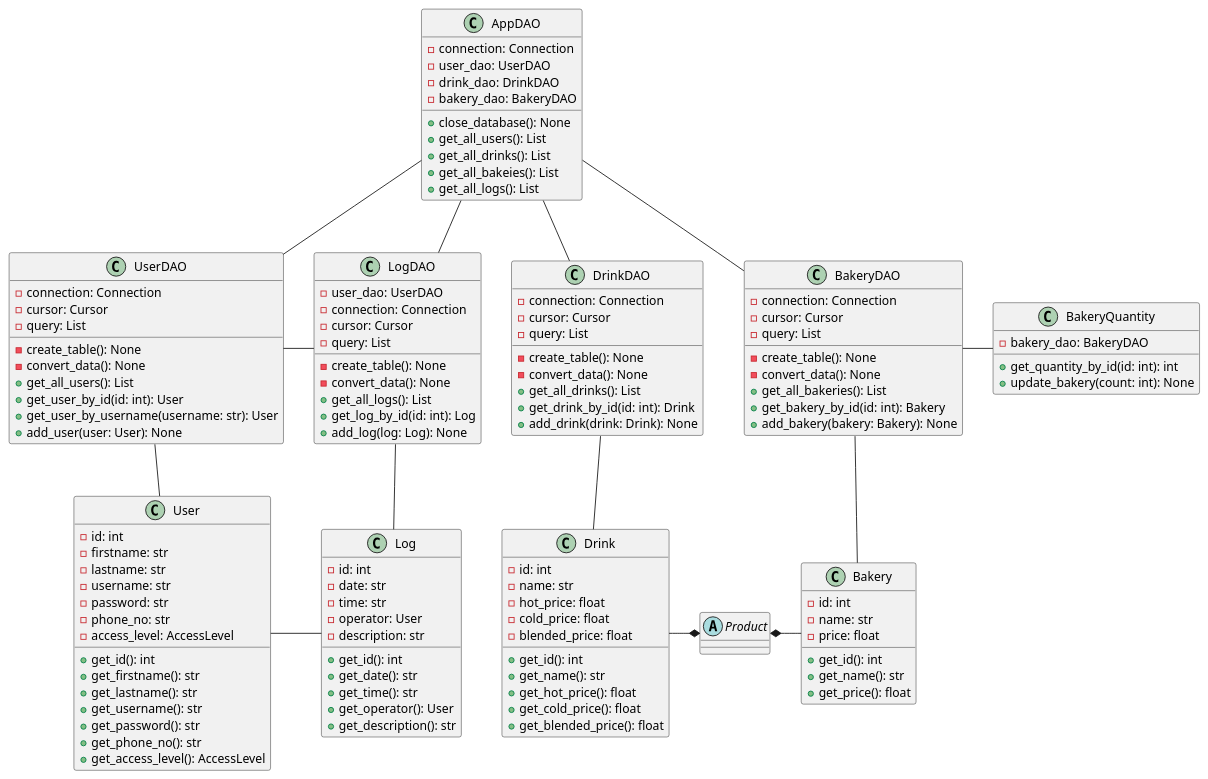
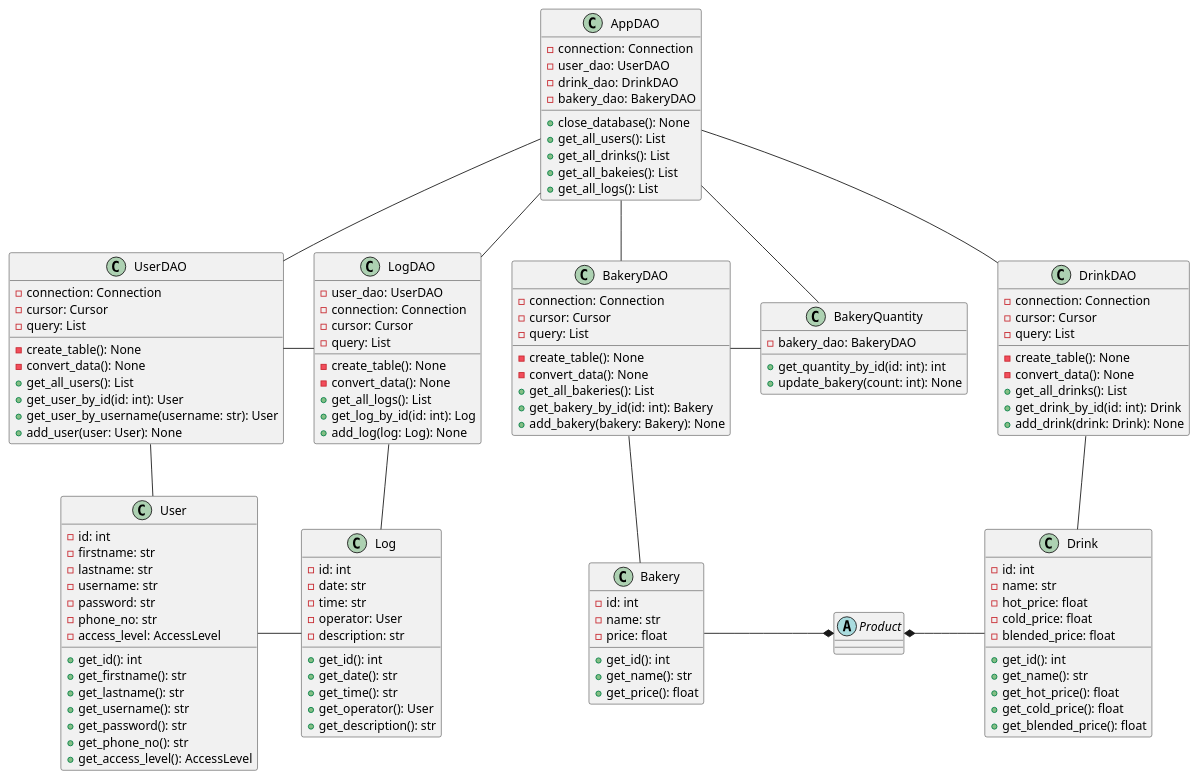
The diagram in UML.puml (TawanLekngam/NAAR-RAAN), drawn with PlantUML before and after one commit.

Commit message:
Update quantity

```diff
--- a/UML.puml
+++ b/UML.puml
@@ -1,148 +1,149 @@
 @startuml
 
 class AppDAO {
     - connection: Connection
     - user_dao: UserDAO
     - drink_dao: DrinkDAO
     - bakery_dao: BakeryDAO
 
     + close_database(): None
     + get_all_users(): List
     + get_all_drinks(): List
     + get_all_bakeies(): List
     + get_all_logs(): List
 
 }
 
 class UserDAO {
     - connection: Connection
     - cursor: Cursor
     - query: List
 
     - create_table(): None
     - convert_data(): None
     + get_all_users(): List
     + get_user_by_id(id: int): User
     + get_user_by_username(username: str): User
     + add_user(user: User): None
 }
 
 class DrinkDAO {
     - connection: Connection
     - cursor: Cursor
     - query: List
 
     - create_table(): None
     - convert_data(): None
     + get_all_drinks(): List
     + get_drink_by_id(id: int): Drink
     + add_drink(drink: Drink): None
 
 }
 
 class BakeryDAO {
     - connection: Connection
     - cursor: Cursor
     - query: List
 
     - create_table(): None
     - convert_data(): None
     + get_all_bakeries(): List
     + get_bakery_by_id(id: int): Bakery
     + add_bakery(bakery: Bakery): None 
 
 }
 
 class LogDAO {
     - user_dao: UserDAO
     - connection: Connection
     - cursor: Cursor
     - query: List
 
     - create_table(): None
     - convert_data(): None
     + get_all_logs(): List
     + get_log_by_id(id: int): Log
     + add_log(log: Log): None
 
 }
 
 class User {
     - id: int
     - firstname: str
     - lastname: str
     - username: str
     - password: str
     - phone_no: str
     - access_level: AccessLevel
 
     + get_id(): int
     + get_firstname(): str
     + get_lastname(): str
     + get_username(): str
     + get_password(): str
     + get_phone_no(): str
     + get_access_level(): AccessLevel
 }
 
 class Log {
     - id: int
     - date: str
     - time: str
     - operator: User
     - description: str
 
     + get_id(): int
     + get_date(): str
     + get_time(): str
     + get_operator(): User
     + get_description(): str
 }
 
 abstract class Product
 
 class Drink {
     - id: int
     - name: str
     - hot_price: float
     - cold_price: float
     - blended_price: float
 
     + get_id(): int
     + get_name(): str
     + get_hot_price(): float
     + get_cold_price(): float
     + get_blended_price(): float
 }
 
 class Bakery {
     - id: int
     - name: str
     - price: float
 
     + get_id(): int
     + get_name(): str
     + get_price(): float
 }
 
 class BakeryQuantity{
     - bakery_dao: BakeryDAO
 
     + get_quantity_by_id(id: int): int
     + update_bakery(count: int): None
 }
 
 AppDAO -- UserDAO
 AppDAO -- LogDAO
 UserDAO - LogDAO
 AppDAO -- DrinkDAO
 AppDAO -- BakeryDAO
 UserDAO -- User
 LogDAO -- Log
 User - Log
 DrinkDAO -- Drink
 BakeryDAO -- Bakery
-Drink -* Product
-Product *- Bakery
+Bakery -* Product
+Product *- Drink
 BakeryDAO - BakeryQuantity
+AppDAO -- BakeryQuantity
 @enduml
```
